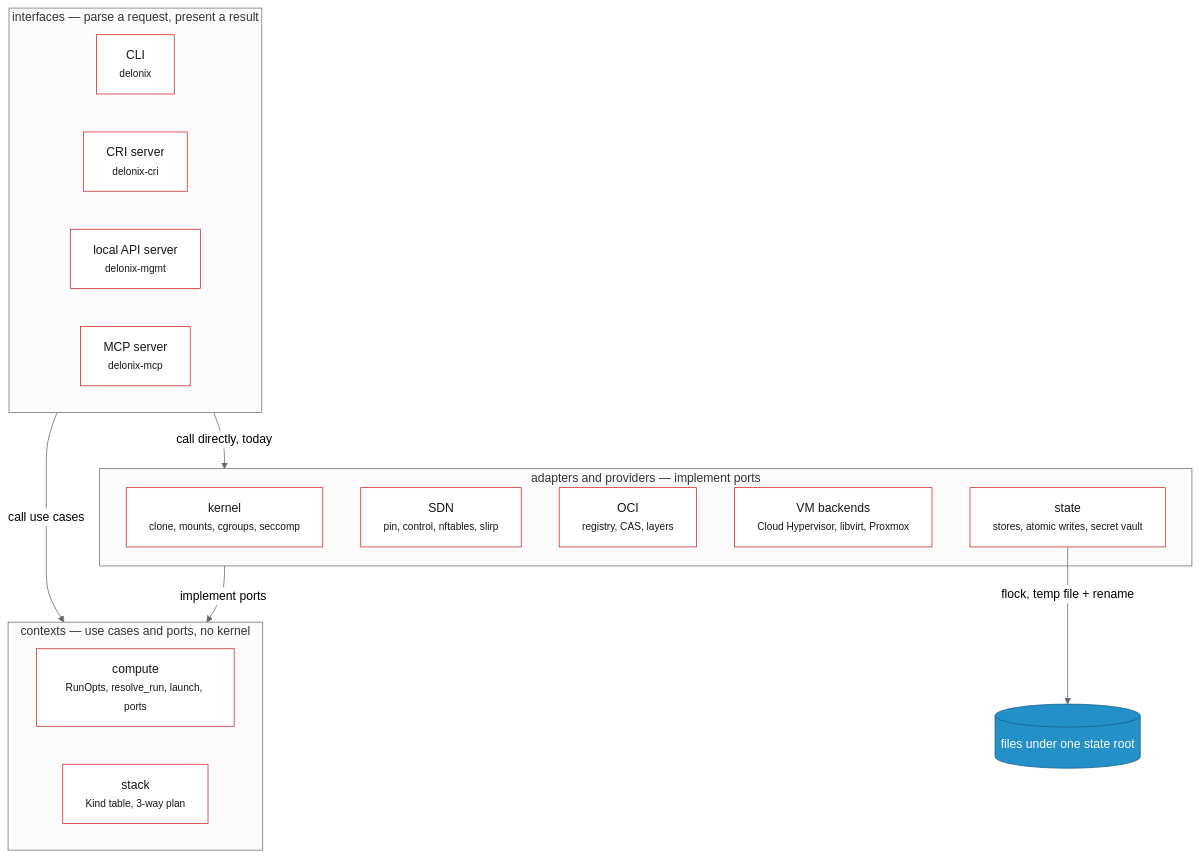
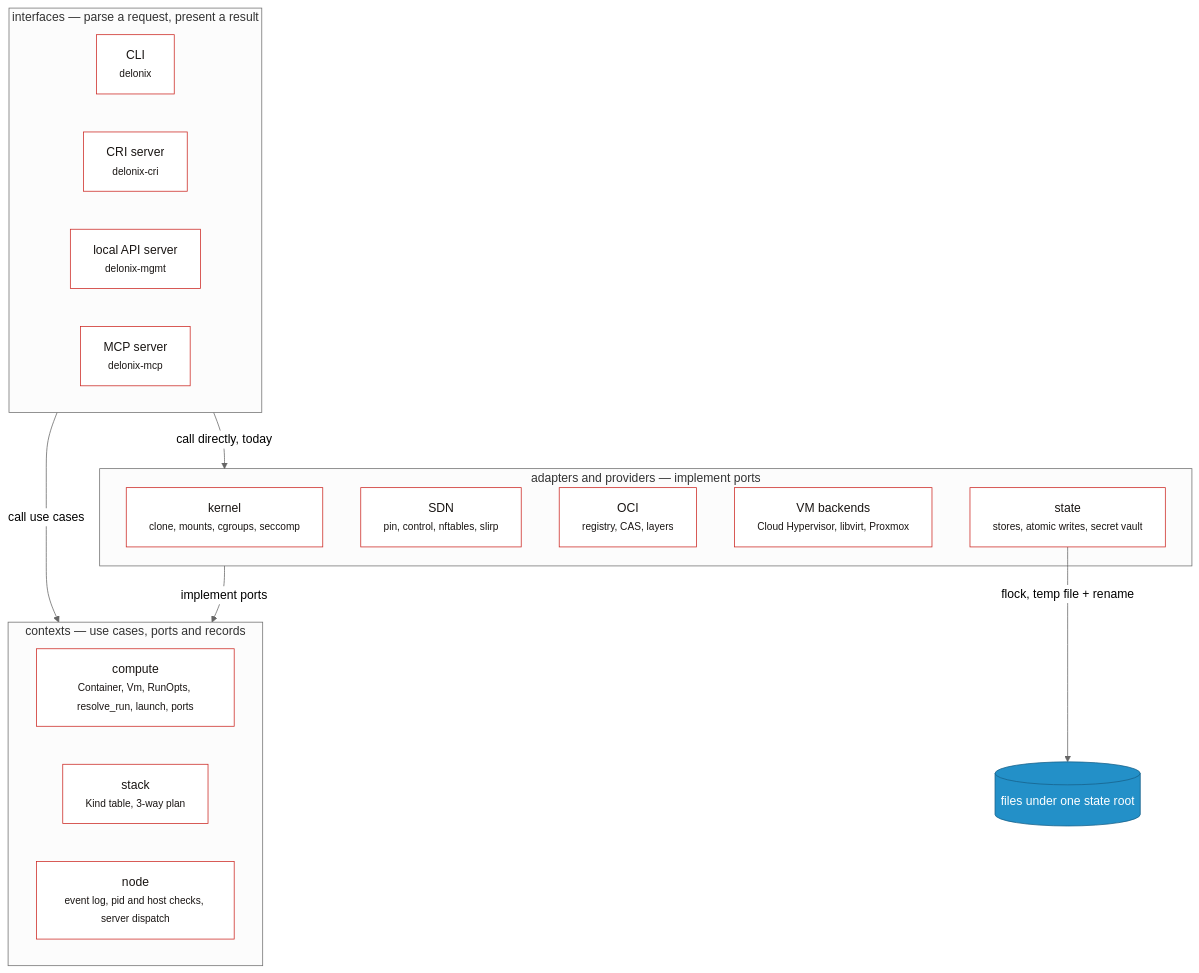
The first of 4 diagrams in docs/dev/system-design-interview.md (angolardevops/delonix-runtime), drawn with Mermaid (neutral theme) before and after one commit. The commit also changed other lines of this file and 15 other files, not shown here.

````diff
--- a/docs/dev/system-design-interview.md
+++ b/docs/dev/system-design-interview.md
@@ -120,32 +121,33 @@
 ```mermaid
 flowchart TB
   subgraph IF["interfaces — parse a request, present a result"]
     CLI["CLI<br/><small>delonix</small>"]
     CRI["CRI server<br/><small>delonix-cri</small>"]
     API["local API server<br/><small>delonix-mgmt</small>"]
     MCP["MCP server<br/><small>delonix-mcp</small>"]
   end
-  subgraph CX["contexts — use cases and ports, no kernel"]
-    COMPUTE["compute<br/><small>RunOpts, resolve_run, launch, ports</small>"]
+  subgraph CX["contexts — use cases, ports and records"]
+    COMPUTE["compute<br/><small>Container, Vm, RunOpts, resolve_run, launch, ports</small>"]
     STACK["stack<br/><small>Kind table, 3-way plan</small>"]
+    NODE["node<br/><small>event log, pid and host checks, server dispatch</small>"]
   end
   subgraph AD["adapters and providers — implement ports"]
     LINUX["kernel<br/><small>clone, mounts, cgroups, seccomp</small>"]
     SDN["SDN<br/><small>pin, control, nftables, slirp</small>"]
     OCI["OCI<br/><small>registry, CAS, layers</small>"]
     VMS["VM backends<br/><small>Cloud Hypervisor, libvirt, Proxmox</small>"]
     STA["state<br/><small>stores, atomic writes, secret vault</small>"]
   end
   FILES[("files under one state root")]
   IF -->|"call use cases"| CX
   AD -->|"implement ports"| CX
   IF -->|"call directly, today"| AD
   STA -->|"flock, temp file + rename"| FILES
-  class CLI,CRI,API,MCP,COMPUTE,STACK,LINUX,SDN,OCI,VMS,STA block
+  class CLI,CRI,API,MCP,COMPUTE,STACK,NODE,LINUX,SDN,OCI,VMS,STA block
   class FILES store
 classDef person fill:#191513,stroke:#191513,color:#ffffff
 classDef engine fill:#cc2823,stroke:#8f1b17,color:#ffffff
 classDef block fill:#ffffff,stroke:#cc2823,color:#191513
 classDef external fill:#e1ddda,stroke:#8a817c,color:#191513
 classDef store fill:#2390c8,stroke:#17618a,color:#ffffff
 ```
````
